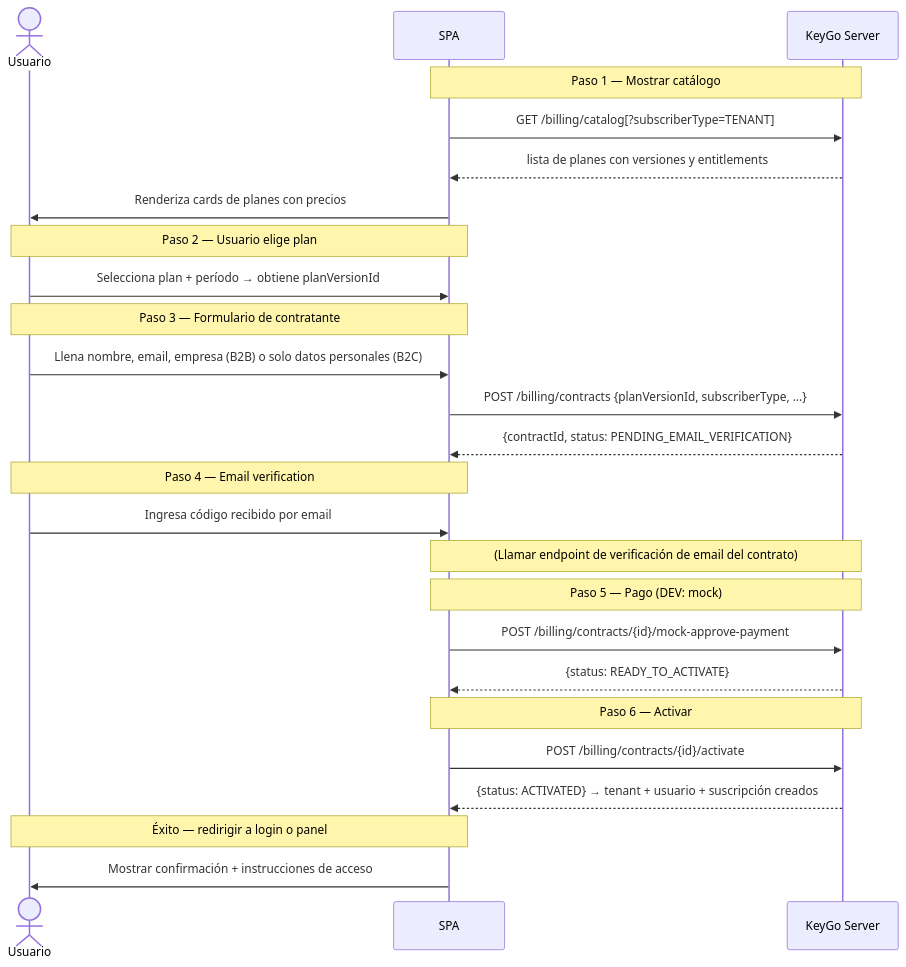
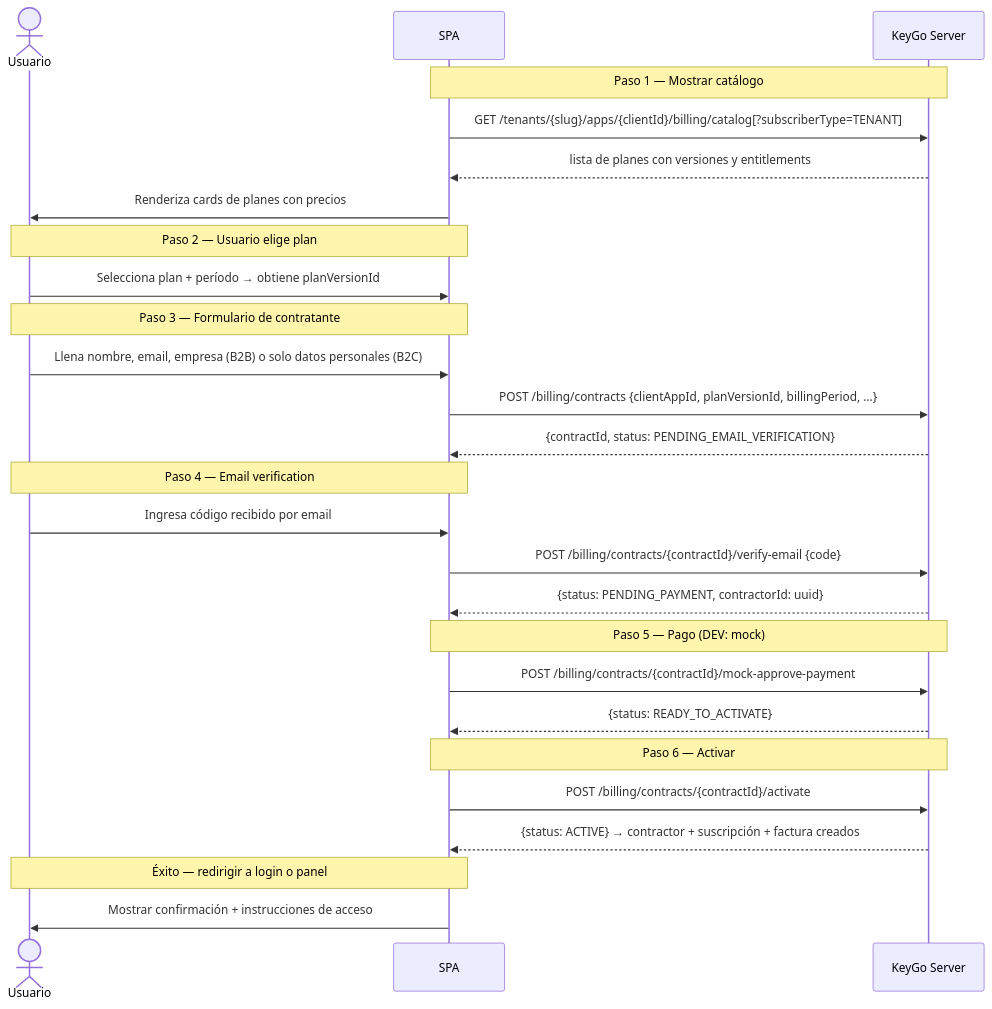
Before and after one commit to cmartinezs/keygo-web-ui: the fifth of 5 diagrams in docs/FRONTEND_DEVELOPER_GUIDE.md, drawn with Mermaid. The commit also changed other lines of this file and 17 other files, not shown here.

````diff
--- a/docs/FRONTEND_DEVELOPER_GUIDE.md
+++ b/docs/FRONTEND_DEVELOPER_GUIDE.md
@@ -2269,34 +2317,35 @@
 ```mermaid
 sequenceDiagram
     actor U as Usuario
     participant SPA as SPA
     participant K as KeyGo Server
 
     Note over SPA,K: Paso 1 — Mostrar catálogo
-    SPA->>K: GET /billing/catalog[?subscriberType=TENANT]
+    SPA->>K: GET /tenants/{slug}/apps/{clientId}/billing/catalog[?subscriberType=TENANT]
     K-->>SPA: lista de planes con versiones y entitlements
     SPA->>U: Renderiza cards de planes con precios
 
     Note over U,SPA: Paso 2 — Usuario elige plan
     U->>SPA: Selecciona plan + período → obtiene planVersionId
 
     Note over U,SPA: Paso 3 — Formulario de contratante
     U->>SPA: Llena nombre, email, empresa (B2B) o solo datos personales (B2C)
-    SPA->>K: POST /billing/contracts {planVersionId, subscriberType, ...}
+    SPA->>K: POST /billing/contracts {clientAppId, planVersionId, billingPeriod, ...}
     K-->>SPA: {contractId, status: PENDING_EMAIL_VERIFICATION}
 
     Note over U,SPA: Paso 4 — Email verification
     U->>SPA: Ingresa código recibido por email
-    Note over SPA,K: (Llamar endpoint de verificación de email del contrato)
+    SPA->>K: POST /billing/contracts/{contractId}/verify-email {code}
+    K-->>SPA: {status: PENDING_PAYMENT, contractorId: uuid}
 
     Note over SPA,K: Paso 5 — Pago (DEV: mock)
-    SPA->>K: POST /billing/contracts/{id}/mock-approve-payment
+    SPA->>K: POST /billing/contracts/{contractId}/mock-approve-payment
     K-->>SPA: {status: READY_TO_ACTIVATE}
 
     Note over SPA,K: Paso 6 — Activar
-    SPA->>K: POST /billing/contracts/{id}/activate
-    K-->>SPA: {status: ACTIVATED} → tenant + usuario + suscripción creados
+    SPA->>K: POST /billing/contracts/{contractId}/activate
+    K-->>SPA: {status: ACTIVE} → contractor + suscripción + factura creados
 
     Note over U,SPA: Éxito — redirigir a login o panel
     SPA->>U: Mostrar confirmación + instrucciones de acceso
 ```
````
